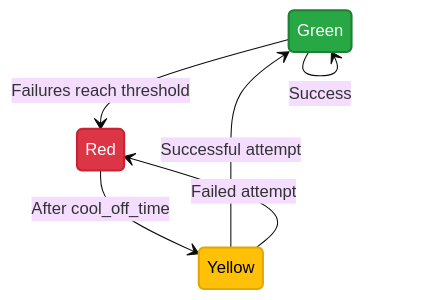
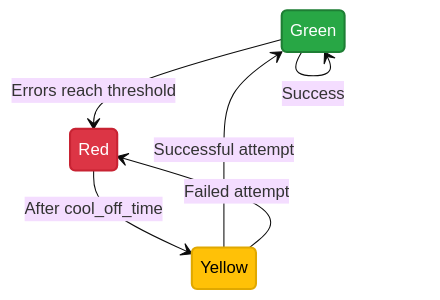
The diagram in README.md (bolshakov/stoplight), drawn with Mermaid (base theme) before and after one commit. The commit also changed other lines of this file and 1 other file, not shown here.

````diff
--- a/README.md
+++ b/README.md
@@ -42,16 +42,16 @@
 ```mermaid
 stateDiagram
-    Green --> Red: Failures reach threshold
+    Green --> Red: Errors reach threshold
     Red --> Yellow: After cool_off_time
     Yellow --> Green: Successful attempt
     Yellow --> Red: Failed attempt
     Green --> Green: Success
     
     classDef greenState fill:#28a745,stroke:#1e7e34,stroke-width:2px,color:#fff
     classDef redState fill:#dc3545,stroke:#c82333,stroke-width:2px,color:#fff
     classDef yellowState fill:#ffc107,stroke:#e0a800,stroke-width:2px,color:#000
     
     class Green greenState
     class Red redState
     class Yellow yellowState
 ```
````
